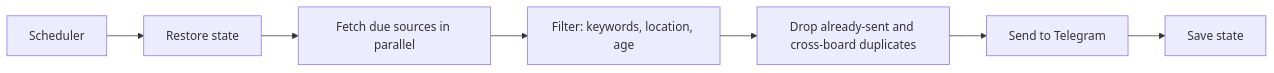
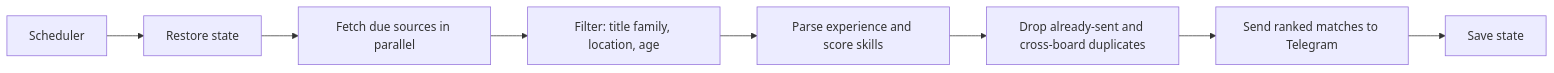
The diagram in README.md (manikanta-gitops/jobscout), drawn with Mermaid before and after one commit. The commit also changed other lines of this file and 14 other files, not shown here.

````diff
--- a/README.md
+++ b/README.md
@@ -9,9 +9,10 @@
 ```mermaid
 flowchart LR
     A[Scheduler] --> B[Restore state]
     B --> C[Fetch due sources in parallel]
-    C --> D[Filter: keywords, location, age]
-    D --> E[Drop already-sent and cross-board duplicates]
-    E --> F[Send to Telegram]
-    F --> G[Save state]
+    C --> D[Filter: title family, location, age]
+    D --> E[Parse experience and score skills]
+    E --> F[Drop already-sent and cross-board duplicates]
+    F --> G[Send ranked matches to Telegram]
+    G --> H[Save state]
 ```
````
